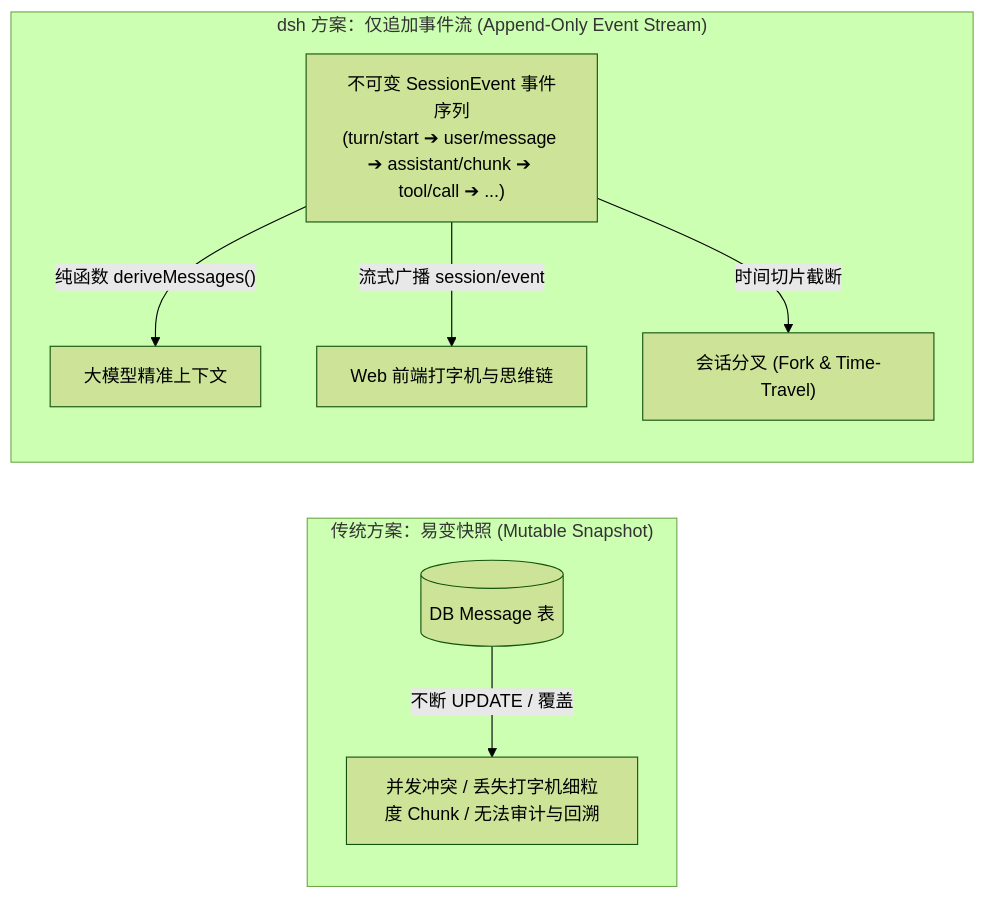
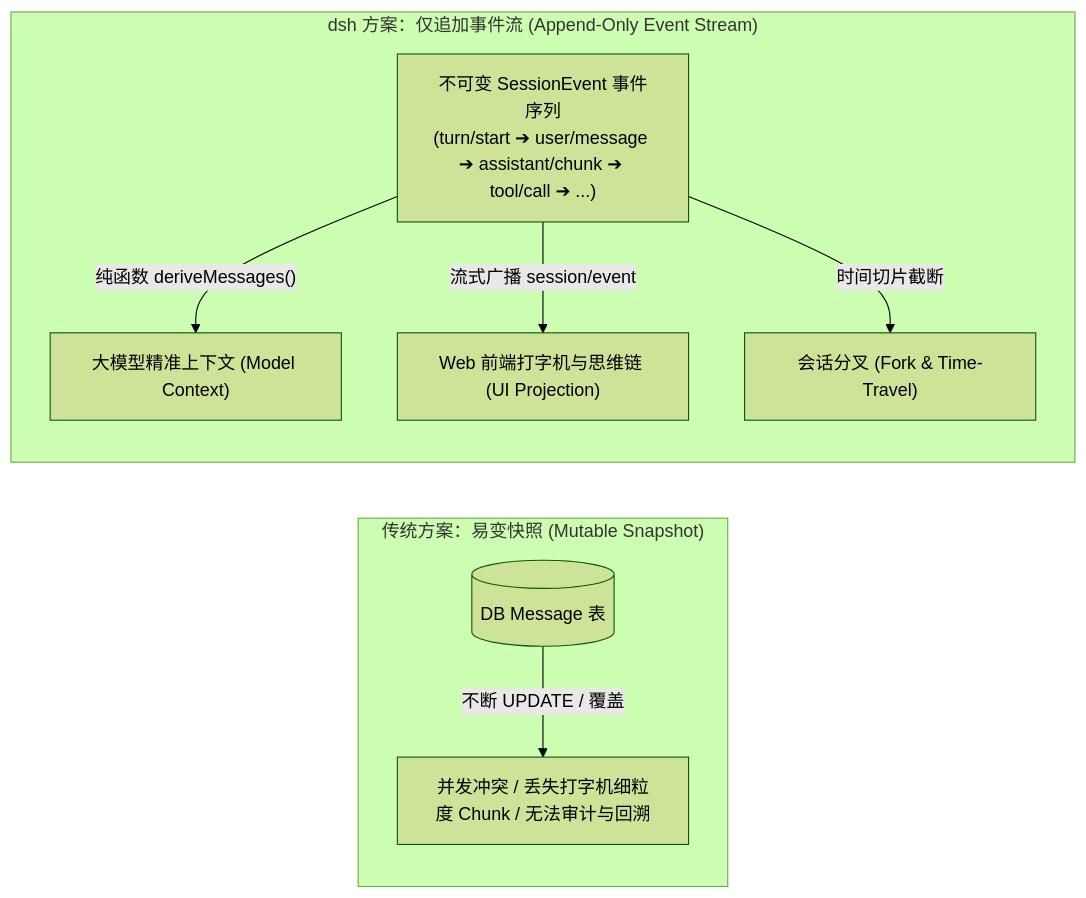
The first of 2 diagrams in content/posts/dsh-03-session-log-and-projection.md (MoreConsequence/MoreConsequence.github.io), drawn with Mermaid (forest theme) before and after one commit. The commit also changed other lines of this file and 11 other files, not shown here.

````diff
--- a/content/posts/dsh-03-session-log-and-projection.md
+++ b/content/posts/dsh-03-session-log-and-projection.md
@@ -21,13 +21,13 @@
 ```mermaid
 flowchart LR
     subgraph Traditional["传统方案：易变快照 (Mutable Snapshot)"]
         DB1[(DB Message 表)] -->|"不断 UPDATE / 覆盖"| Corrupt["并发冲突 / 丢失打字机细粒度 Chunk / 无法审计与回溯"]
     end
 
     subgraph DSHLog["dsh 方案：仅追加事件流 (Append-Only Event Stream)"]
         Stream["不可变 SessionEvent 事件序列<br/>(turn/start ➔ user/message ➔ assistant/chunk ➔ tool/call ➔ ...)"]
-        Stream -->|"纯函数 deriveMessages()"| LLMContext["大模型精准上下文"]
-        Stream -->|"流式广播 session/event"| WebUI["Web 前端打字机与思维链"]
+        Stream -->|"纯函数 deriveMessages()"| LLMContext["大模型精准上下文 (Model Context)"]
+        Stream -->|"流式广播 session/event"| WebUI["Web 前端打字机与思维链 (UI Projection)"]
         Stream -->|"时间切片截断"| Fork["会话分叉 (Fork & Time-Travel)"]
     end
 ```
````
